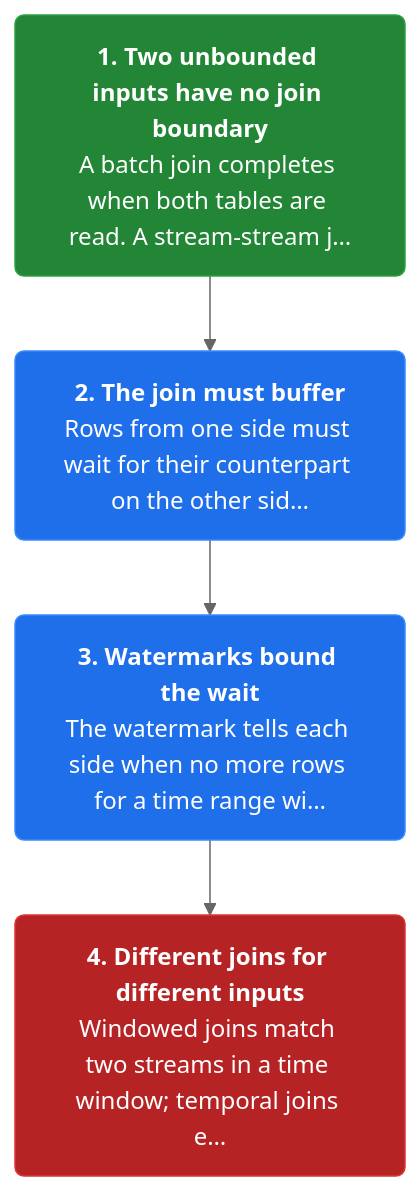
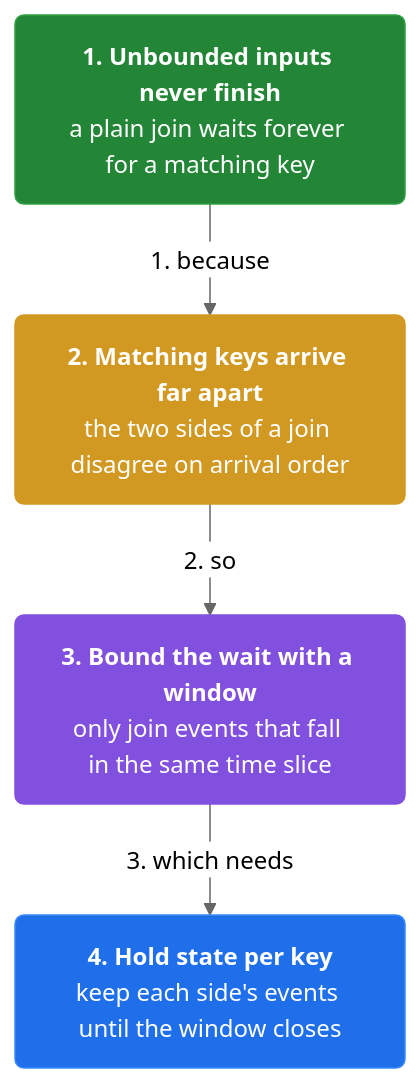
The first of 19 diagrams in docs/ch09-streaming-joins.md (vinayakuber/streaming-systems-study-guide), drawn with Mermaid (neutral theme) before and after one commit. The commit also changed other lines of this file and 12 other files, not shown here.

First line of the commit message:
Author per-section and per-card mermaid diagrams (110 diagrams)

````diff
--- a/docs/ch09-streaming-joins.md
+++ b/docs/ch09-streaming-joins.md
@@ -13,13 +13,15 @@
 ```mermaid
 flowchart TD
-  classDef step fill:#1f6feb,color:#ffffff,stroke:#388bfd,stroke-width:1px,rx:6
+  classDef step fill:#1f6feb,color:#ffffff,stroke:#388bfd,rx:6
+  classDef core fill:#8250df,color:#ffffff,stroke:#8250df,rx:6
+  classDef warn fill:#d29922,color:#ffffff,stroke:#d29922,rx:6
   classDef start fill:#238636,color:#ffffff,stroke:#2ea043,rx:6
   classDef stop fill:#b62324,color:#ffffff,stroke:#da3633,rx:6
-  s0n0["<b>1. Two unbounded inputs have no join boundary</b><br/>A batch join completes when both tables are read. A stream-stream j…"]:::start
-  s0n1["<b>2. The join must buffer</b><br/>Rows from one side must wait for their counterpart on the other sid…"]:::step
-  s0n2["<b>3. Watermarks bound the wait</b><br/>The watermark tells each side when no more rows for a time range wi…"]:::step
-  s0n3["<b>4. Different joins for different inputs</b><br/>Windowed joins match two streams in a time window; temporal joins e…"]:::stop
-  s0n0 --> s0n1
-  s0n1 --> s0n2
-  s0n2 --> s0n3
+  n0["<b>1. Unbounded inputs never finish</b><br/>a plain join waits forever for a matching key"]:::start
+  n1["<b>2. Matching keys arrive far apart</b><br/>the two sides of a join disagree on arrival order"]:::warn
+  n2["<b>3. Bound the wait with a window</b><br/>only join events that fall in the same time slice"]:::core
+  n3["<b>4. Hold state per key</b><br/>keep each side's events until the window closes"]:::step
+  n0 -->|"1. because"| n1
+  n1 -->|"2. so"| n2
+  n2 -->|"3. which needs"| n3
 ```
````
